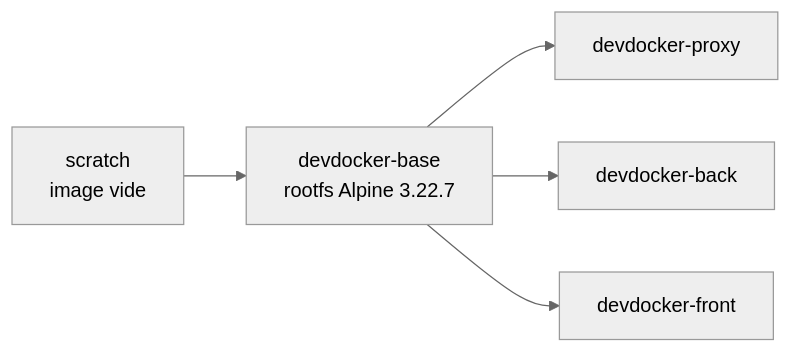
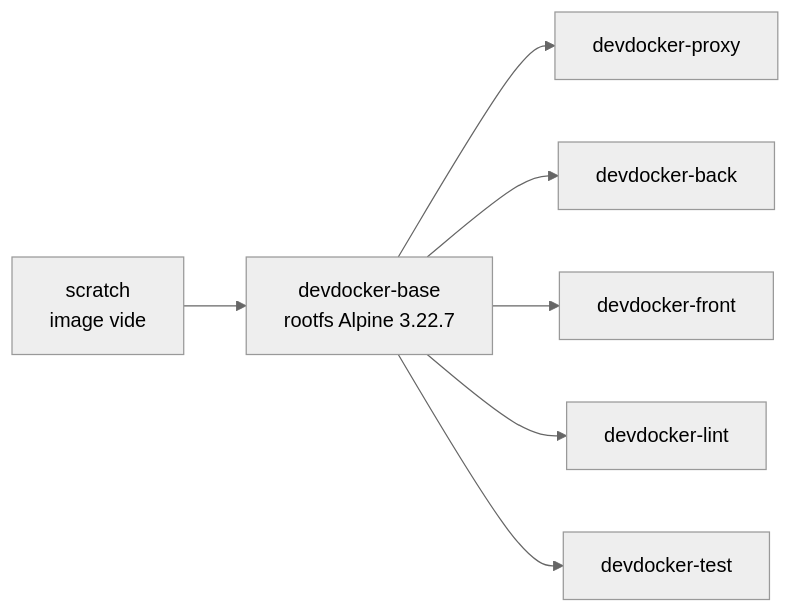
The third of 3 diagrams in README.md (jomeawd/devDocker), drawn with Mermaid (neutral theme) before and after one commit. The commit also changed other lines of this file, not shown here.

````diff
--- a/README.md
+++ b/README.md
@@ -72,7 +97,9 @@
 ```mermaid
 flowchart LR
     S[scratch<br/>image vide] --> BA["devdocker-base<br/>rootfs Alpine 3.22.7"]
     BA --> PR[devdocker-proxy]
     BA --> BK[devdocker-back]
     BA --> FR[devdocker-front]
+    BA --> LI[devdocker-lint]
+    BA --> TS[devdocker-test]
 ```
````
